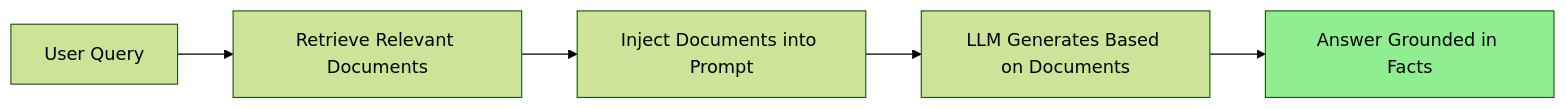
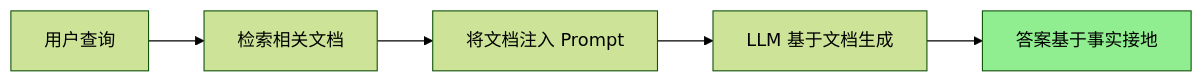
Before and after one commit to YiWang24/AiDIY: the fourth of 15 diagrams in i18n/zh-Hans/docusaurus-plugin-content-docs/current/ai/rag/01-introduction.mdx, drawn with Mermaid (forest theme). The commit also changed other lines of this file and 59 other files, not shown here.

````diff
--- a/i18n/zh-Hans/docusaurus-plugin-content-docs/current/ai/rag/01-introduction.mdx
+++ b/i18n/zh-Hans/docusaurus-plugin-content-docs/current/ai/rag/01-introduction.mdx
@@ -223,9 +223,9 @@
 ```mermaid
 flowchart LR
-    A["User Query"] --> B["Retrieve Relevant Documents"]
-    B --> C["Inject Documents into Prompt"]
-    C --> D["LLM Generates Based on Documents"]
-    D --> E["Answer Grounded in Facts"]
+    A["用户查询"] --> B["检索相关文档"]
+    B --> C["将文档注入 Prompt"]
+    C --> D["LLM 基于文档生成"]
+    D --> E["答案基于事实接地"]
 
     style E fill:#90EE90
 ```
````
